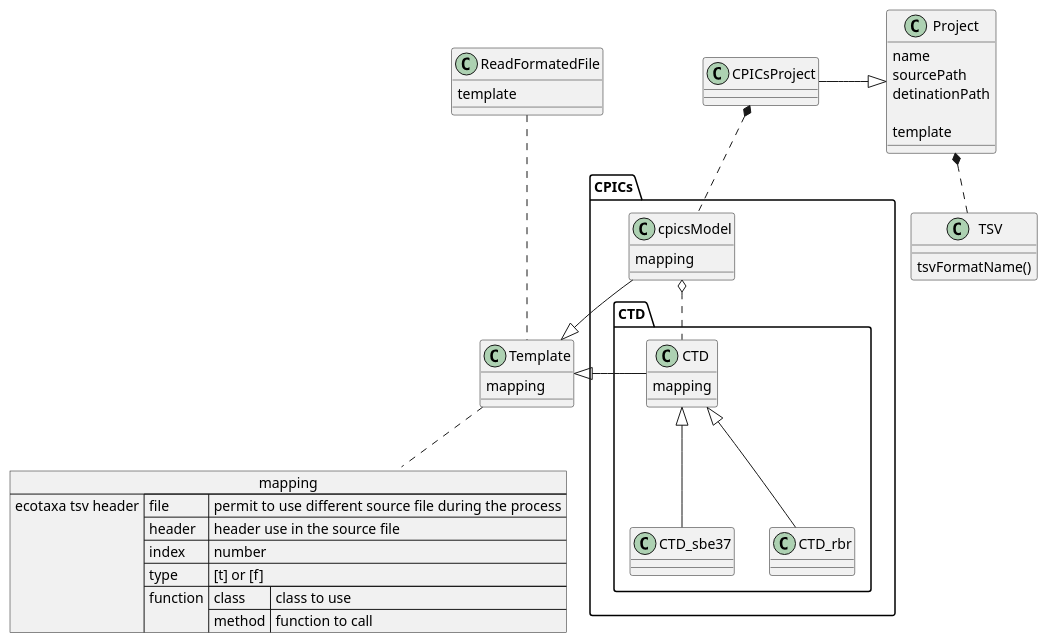
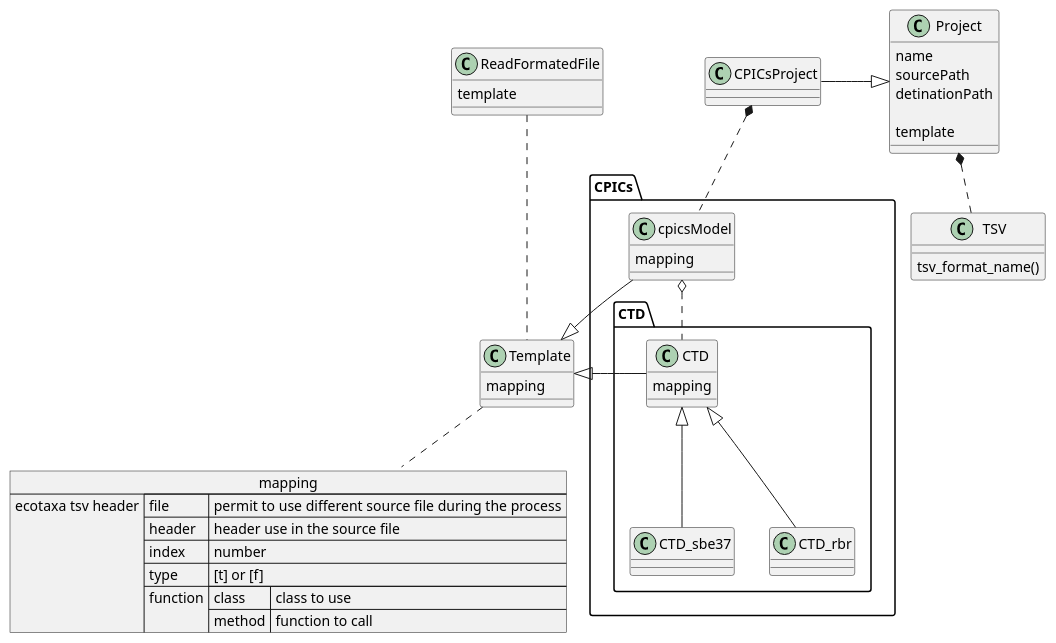
Before and after one commit to ecotaxa/ecotaxa_pipeline: the diagram in docs/pipeline.plantuml, drawn with PlantUML. The commit also changed 9 other files, not shown here.

```diff
--- a/docs/pipeline.plantuml
+++ b/docs/pipeline.plantuml
@@ -1,56 +1,56 @@
 @startuml
 
 /' set separator :: '/
 
 class Project{
     name
     sourcePath
     detinationPath
 
     template
 }
 
 class ReadFormatedFile{
     template
 }
 
 class Template{
     mapping
 }
 
 class CPICs.cpicsModel {
     mapping
 }
 
 class CPICs.CTD.CTD {
     mapping
 }
 
 class TSV {
-    tsvFormatName()
+    tsv_format_name()
 }
 
 json mapping {
     "ecotaxa tsv header":{
         "file":"permit to use different source file during the process",
         "header":"header use in the source file",
         "index":"number",
         "type": "[t] or [f]",
         "function":{"class":"class to use","method":"function to call"}
         }
     }
 
 /' Project *.. ReadFormatedFile '/
 Project *.. TSV
 CPICsProject -|> Project
 CPICsProject *.. CPICs.cpicsModel
 ReadFormatedFile ... Template
 Template .. mapping
 CPICs.cpicsModel ---|> Template
 CPICs.cpicsModel o.. .CPICs.CTD.CTD
 CPICs.CTD.CTD -left-|> Template
 CPICs.CTD.CTD_sbe37 -up-|> .CPICs.CTD.CTD
 CPICs.CTD.CTD_rbr -up-|> .CPICs.CTD.CTD
 /' CPICs.cpicsModel -up-|> TSV '/
 /' CPICs.cpicsModel .. ReadFormatedFile '/
 @enduml
```
